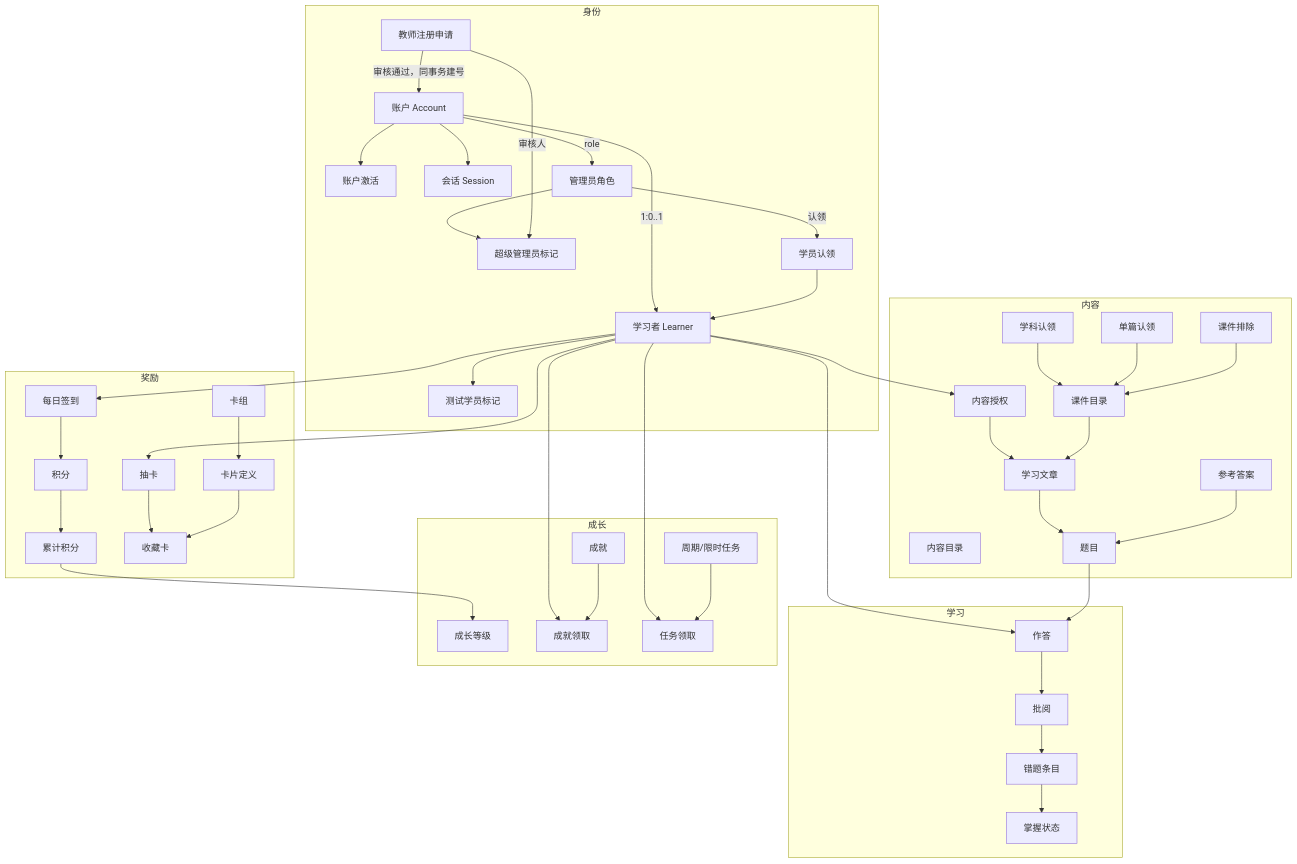
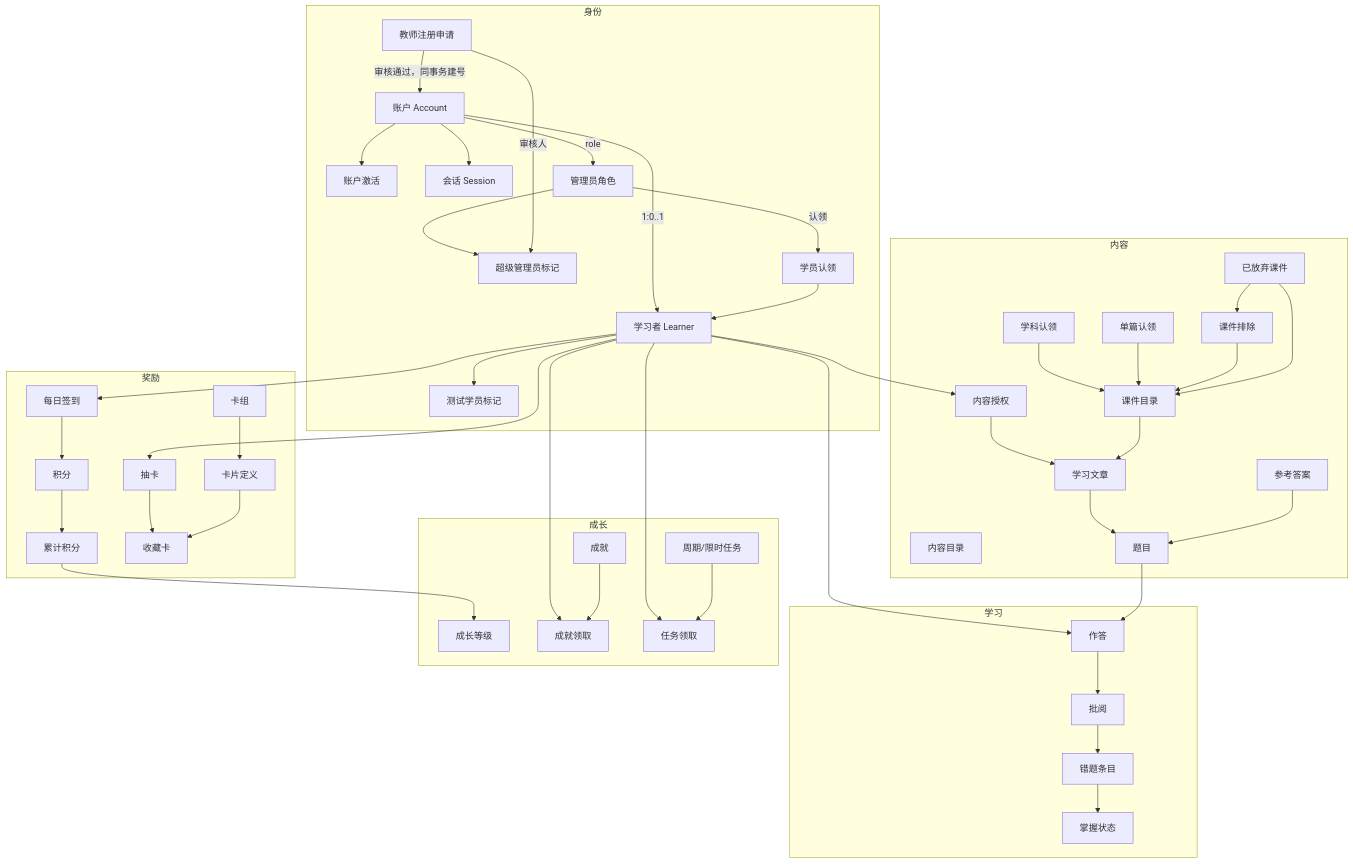
Before and after one commit to by-be-young/tutor-base: the first of 5 diagrams in docs/业务对象清单.md, drawn with Mermaid. The commit also changed other lines of this file and 32 other files, not shown here.

```diff
--- a/docs/业务对象清单.md
+++ b/docs/业务对象清单.md
@@ -50,6 +50,7 @@
     SC[学科认领]
     AC[单篇认领]
     EX[课件排除]
+    AB[已放弃课件]
   end
   subgraph 学习
     SUB[作答]
@@ -91,6 +92,8 @@
   SC --> CW
   AC --> CW
   EX --> CW
+  AB --> CW
+  AB --> EX
   LRN --> SUB
   Q --> SUB
   SUB --> REV
```
